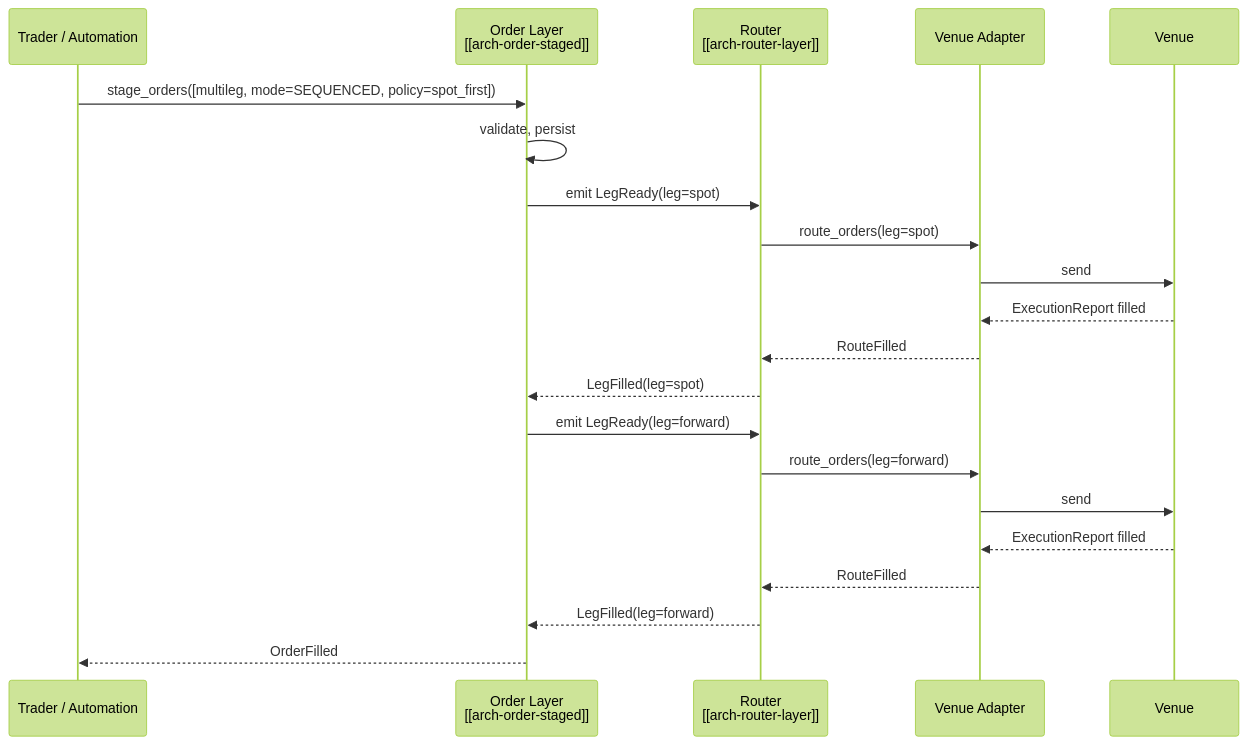
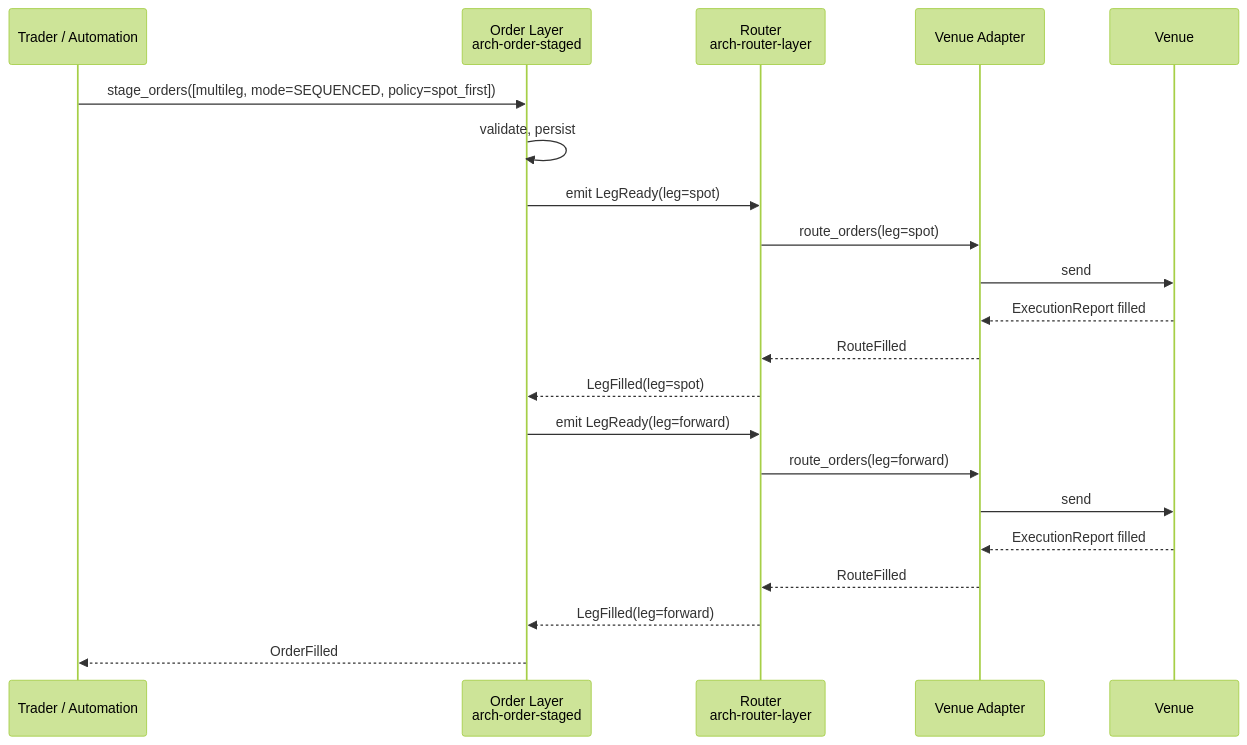
Before and after one commit to yksi7417/cross_asset_ems: the second of 2 diagrams in 80_architecture/arch-multileg.md, drawn with Mermaid (forest theme). The commit also changed 39 other files, not shown here.

First line of the commit message:
fix: strip Obsidian wikilinks from Mermaid blocks (Quartz render bug)

````diff
--- a/80_architecture/arch-multileg.md
+++ b/80_architecture/arch-multileg.md
@@ -89,24 +89,24 @@
 ```mermaid
 sequenceDiagram
   participant T as Trader / Automation
-  participant O as Order Layer<br/>[[arch-order-staged]]
-  participant R as Router<br/>[[arch-router-layer]]
+  participant O as Order Layer<br/>arch-order-staged
+  participant R as Router<br/>arch-router-layer
   participant V as Venue Adapter
   participant X as Venue
 
   T->>O: stage_orders([multileg, mode=SEQUENCED, policy=spot_first])
   O->>O: validate, persist
   O->>R: emit LegReady(leg=spot)
   R->>V: route_orders(leg=spot)
   V->>X: send
   X-->>V: ExecutionReport filled
   V-->>R: RouteFilled
   R-->>O: LegFilled(leg=spot)
   O->>R: emit LegReady(leg=forward)
   R->>V: route_orders(leg=forward)
   V->>X: send
   X-->>V: ExecutionReport filled
   V-->>R: RouteFilled
   R-->>O: LegFilled(leg=forward)
   O-->>T: OrderFilled
 ```
````
